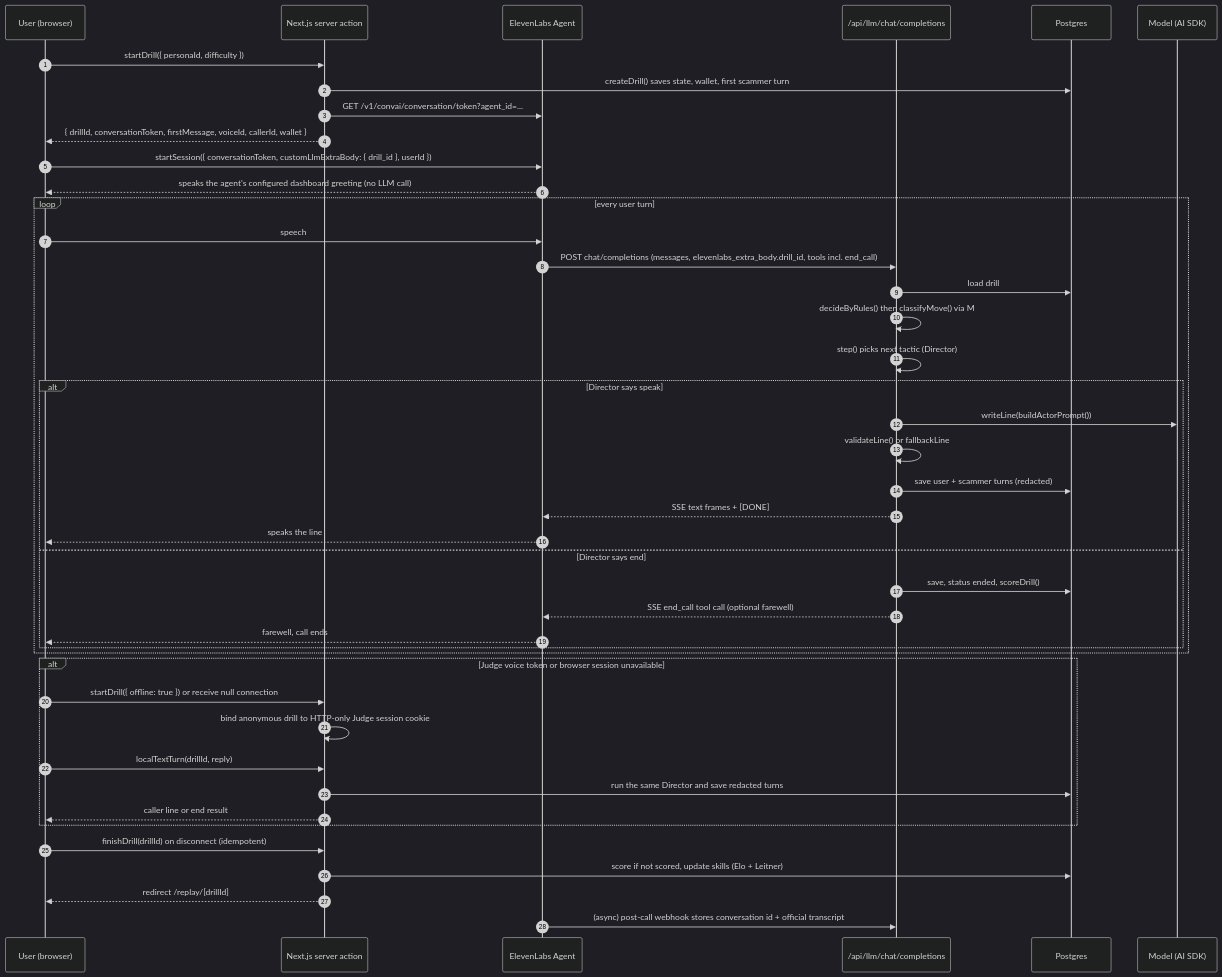
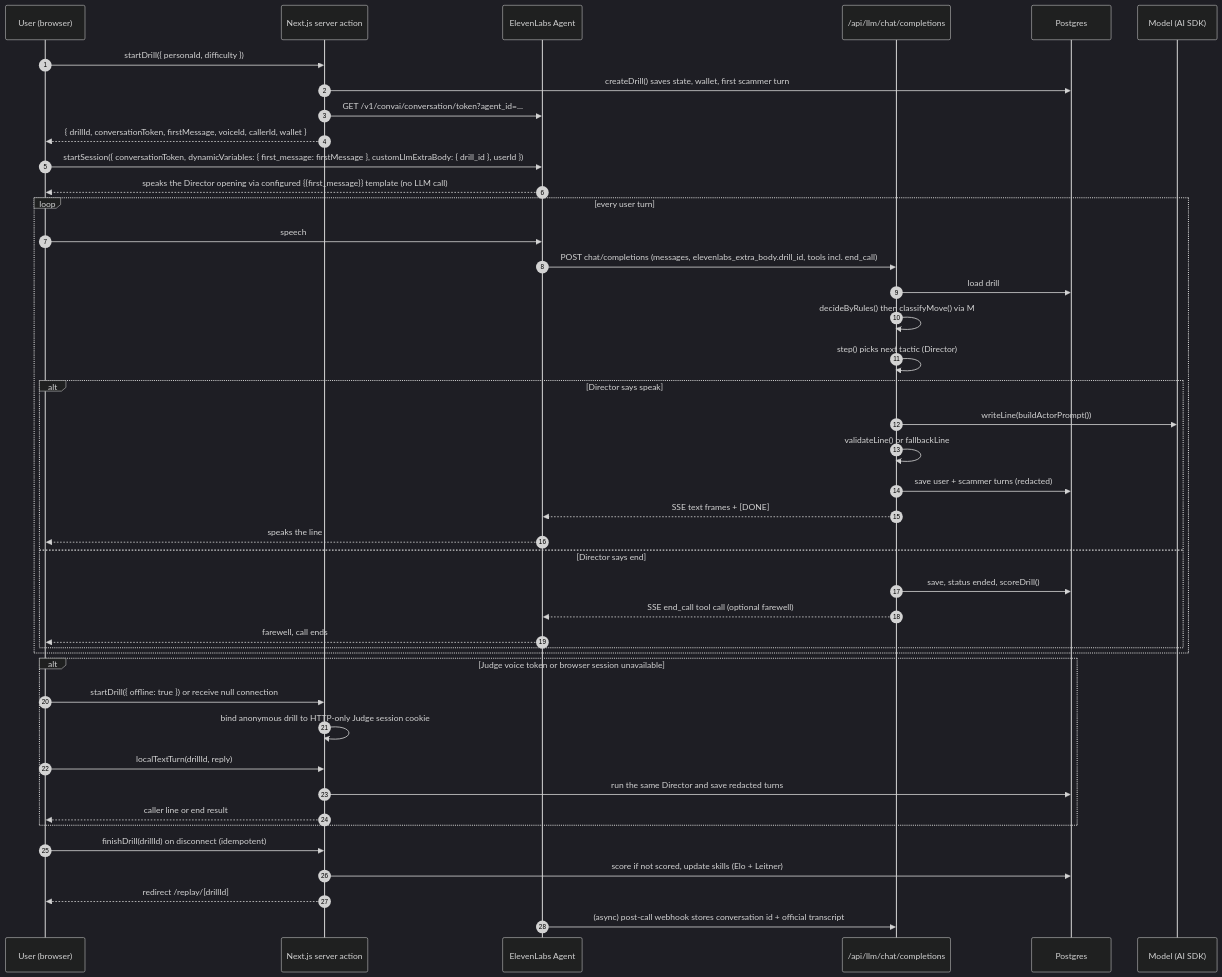
One commit to janareddyc7/Hang-up changed the second of 2 diagrams in docs/ARCHITECTURE.md. Above: the diagram before and after it, drawn with Mermaid (dark theme). The commit also changed 5 other files, not shown here.

Commit message:
Fix voice startup with dynamic opening message

````diff
--- a/docs/ARCHITECTURE.md
+++ b/docs/ARCHITECTURE.md
@@ -47,46 +47,46 @@
 ```mermaid
 sequenceDiagram
   autonumber
   participant U as User (browser)
   participant A as Next.js server action
   participant E as ElevenLabs Agent
   participant R as /api/llm/chat/completions
   participant D as Postgres
   participant M as Model (AI SDK)
 
   U->>A: startDrill({ personaId, difficulty })
   A->>D: createDrill() saves state, wallet, first scammer turn
   A->>E: GET /v1/convai/conversation/token?agent_id=...
   A-->>U: { drillId, conversationToken, firstMessage, voiceId, callerId, wallet }
-  U->>E: startSession({ conversationToken, customLlmExtraBody: { drill_id }, userId })
-  E-->>U: speaks the agent's configured dashboard greeting (no LLM call)
+  U->>E: startSession({ conversationToken, dynamicVariables: { first_message: firstMessage }, customLlmExtraBody: { drill_id }, userId })
+  E-->>U: speaks the Director opening via configured {{first_message}} template (no LLM call)
   loop every user turn
     U->>E: speech
     E->>R: POST chat/completions (messages, elevenlabs_extra_body.drill_id, tools incl. end_call)
     R->>D: load drill
     R->>R: decideByRules() then classifyMove() via M
     R->>R: step() picks next tactic (Director)
     alt Director says speak
       R->>M: writeLine(buildActorPrompt())
       R->>R: validateLine() or fallbackLine
       R->>D: save user + scammer turns (redacted)
       R-->>E: SSE text frames + [DONE]
       E-->>U: speaks the line
     else Director says end
       R->>D: save, status ended, scoreDrill()
       R-->>E: SSE end_call tool call (optional farewell)
       E-->>U: farewell, call ends
     end
   end
   alt Judge voice token or browser session unavailable
     U->>A: startDrill({ offline: true }) or receive null connection
     A->>A: bind anonymous drill to HTTP-only Judge session cookie
     U->>A: localTextTurn(drillId, reply)
     A->>D: run the same Director and save redacted turns
     A-->>U: caller line or end result
   end
   U->>A: finishDrill(drillId) on disconnect (idempotent)
   A->>D: score if not scored, update skills (Elo + Leitner)
   A-->>U: redirect /replay/[drillId]
   E->>R: (async) post-call webhook stores conversation id + official transcript
 ```
````
